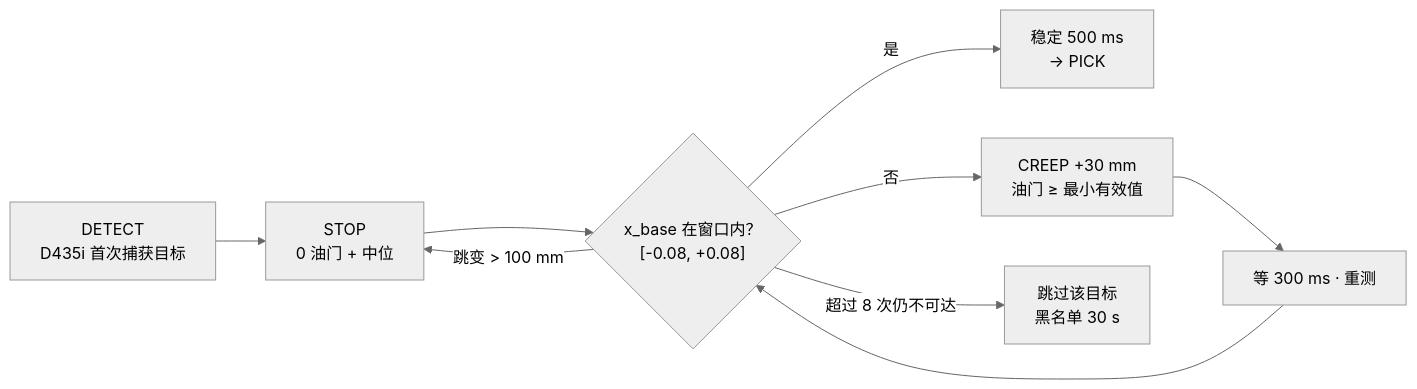
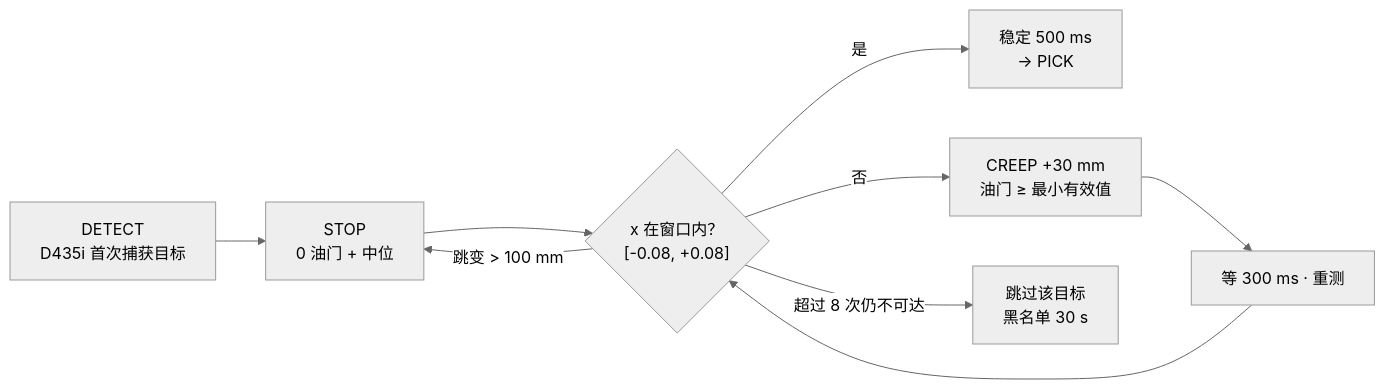
The diagram in docs/diagrams/07-parking.mmd (BohnChen/PickOrangeDummy), drawn with Mermaid (neutral theme) before and after one commit. The commit also changed 25 other files, not shown here.

```diff
--- a/docs/diagrams/07-parking.mmd
+++ b/docs/diagrams/07-parking.mmd
@@ -1,9 +1,9 @@
 graph LR
     A["DETECT<br/>D435i 首次捕获目标"] --> B["STOP<br/>0 油门 + 中位"]
-    B --> C{"x_base 在窗口内？<br/>[-0.08, +0.08]"}
+    B --> C{"x 在窗口内？<br/>[-0.08, +0.08]"}
     C -- "是" --> D["稳定 500 ms<br/>→ PICK"]
     C -- "否" --> E["CREEP +30 mm<br/>油门 ≥ 最小有效值"]
     E --> F["等 300 ms · 重测"]
     F --> C
     C -- "跳变 > 100 mm" --> B
     C -- "超过 8 次仍不可达" --> G["跳过该目标<br/>黑名单 30 s"]
```
